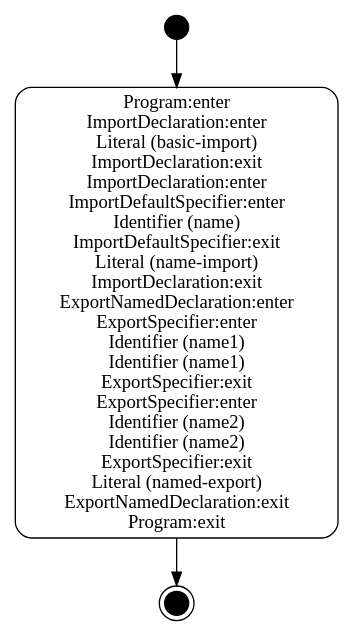
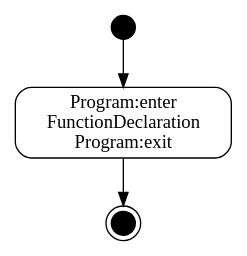
The diagram in output/dot/0.dot (DiffYao/npm_check), drawn with Graphviz before and after one commit. The commit also changed 17 other files, not shown here.

```diff
--- a/output/dot/0.dot
+++ b/output/dot/0.dot
@@ -1,8 +1,8 @@
 
 digraph {
 node[shape=box,style="rounded,filled",fillcolor=white];
 initial[label="",shape=circle,style=filled,fillcolor=black,width=0.25,height=0.25];
 final[label="",shape=doublecircle,style=filled,fillcolor=black,width=0.25,height=0.25];
-s1_1[label="Program:enter\nImportDeclaration:enter\nLiteral (basic-import)\nImportDeclaration:exit\nImportDeclaration:enter\nImportDefaultSpecifier:enter\nIdentifier (name)\nImportDefaultSpecifier:exit\nLiteral (name-import)\nImportDeclaration:exit\nExportNamedDeclaration:enter\nExportSpecifier:enter\nIdentifier (name1)\nIdentifier (name1)\nExportSpecifier:exit\nExportSpecifier:enter\nIdentifier (name2)\nIdentifier (name2)\nExportSpecifier:exit\nLiteral (named-export)\nExportNamedDeclaration:exit\nProgram:exit"];
+s1_1[label="Program:enter\nFunctionDeclaration\nProgram:exit"];
 initial->s1_1->final;
 }
```
